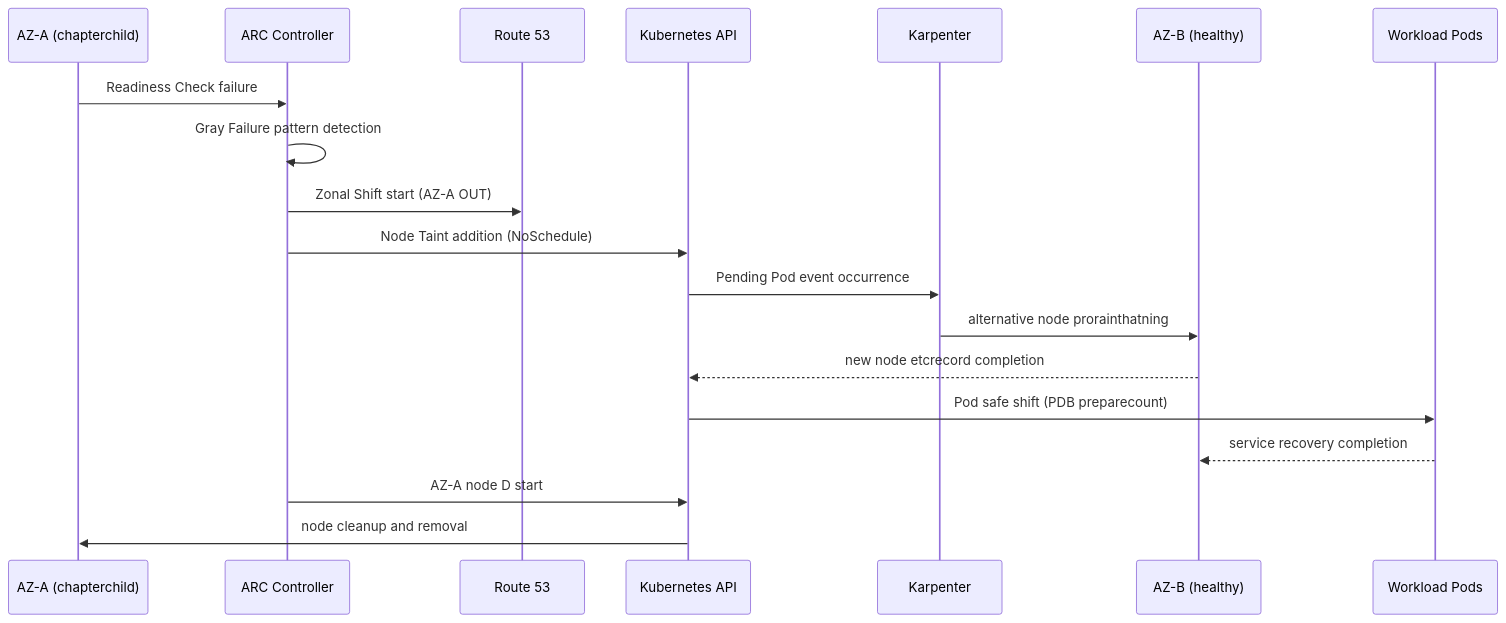
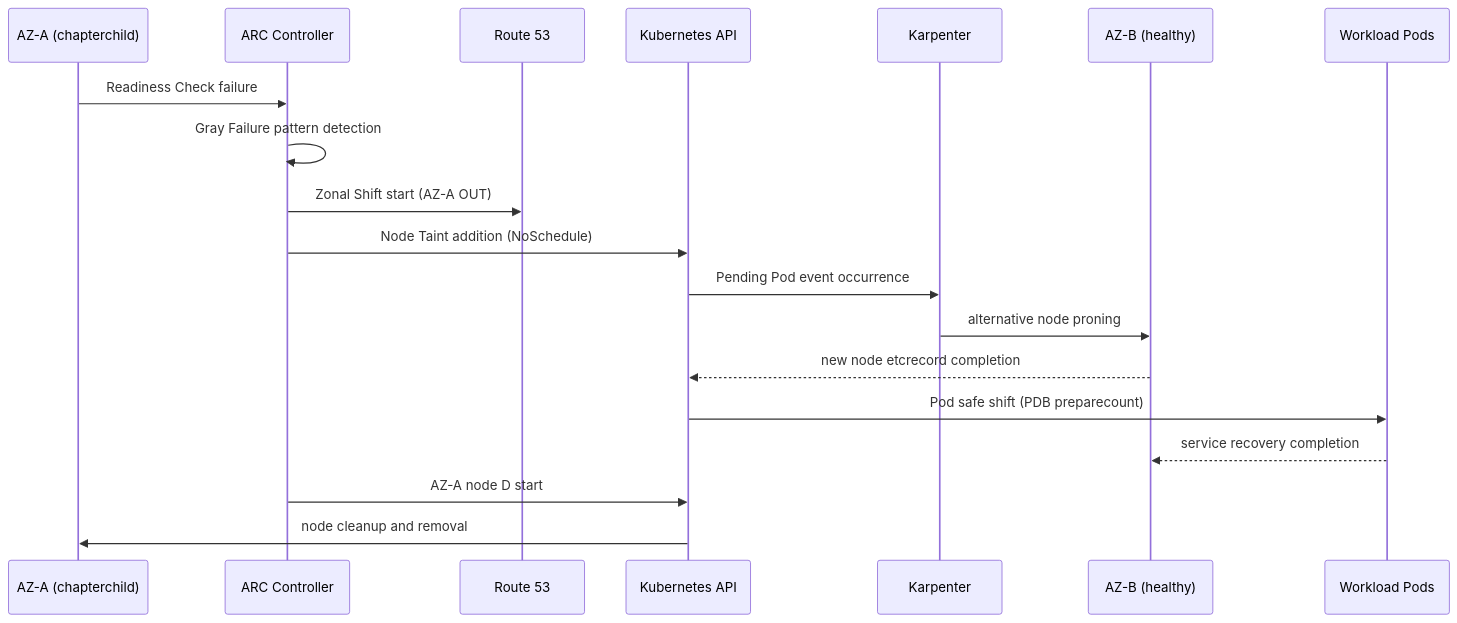
Before and after one commit to devfloor9/engineering-playbook: the third of 13 diagrams in i18n/en/docusaurus-plugin-content-docs/current/aiops-aidlc/aiops-predictive-operations.md, drawn with Mermaid. The commit also changed other lines of this file, not shown here.

````diff
--- a/i18n/en/docusaurus-plugin-content-docs/current/aiops-aidlc/aiops-predictive-operations.md
+++ b/i18n/en/docusaurus-plugin-content-docs/current/aiops-aidlc/aiops-predictive-operations.md
@@ -763,22 +761,22 @@
 ```mermaid
 sequenceDiagram
 participant AZ_A as AZ-A (chapterchild)
 participant ARC as ARC Controller
 participant R53 as Route 53
 participant K8s as Kubernetes API
 participant Karp as Karpenter
 participant AZ_B as AZ-B (healthy)
 participant Pod as Workload Pods
 
 AZ_A->>ARC: Readiness Check failure
 ARC->>ARC: Gray Failure pattern detection
 ARC->>R53: Zonal Shift start (AZ-A OUT)
 ARC->>K8s: Node Taint addition (NoSchedule)
 K8s->>Karp: Pending Pod event occurrence
-Karp->>AZ_B: alternative node prorainthatning
+Karp->>AZ_B: alternative node proning
 AZ_B-->>K8s: new node etcrecord completion
 K8s->>Pod: Pod safe shift (PDB preparecount)
 Pod-->>AZ_B: service recovery completion
 ARC->>K8s: AZ-A node D start
 K8s->>AZ_A: node cleanup and removal
 ```
````
